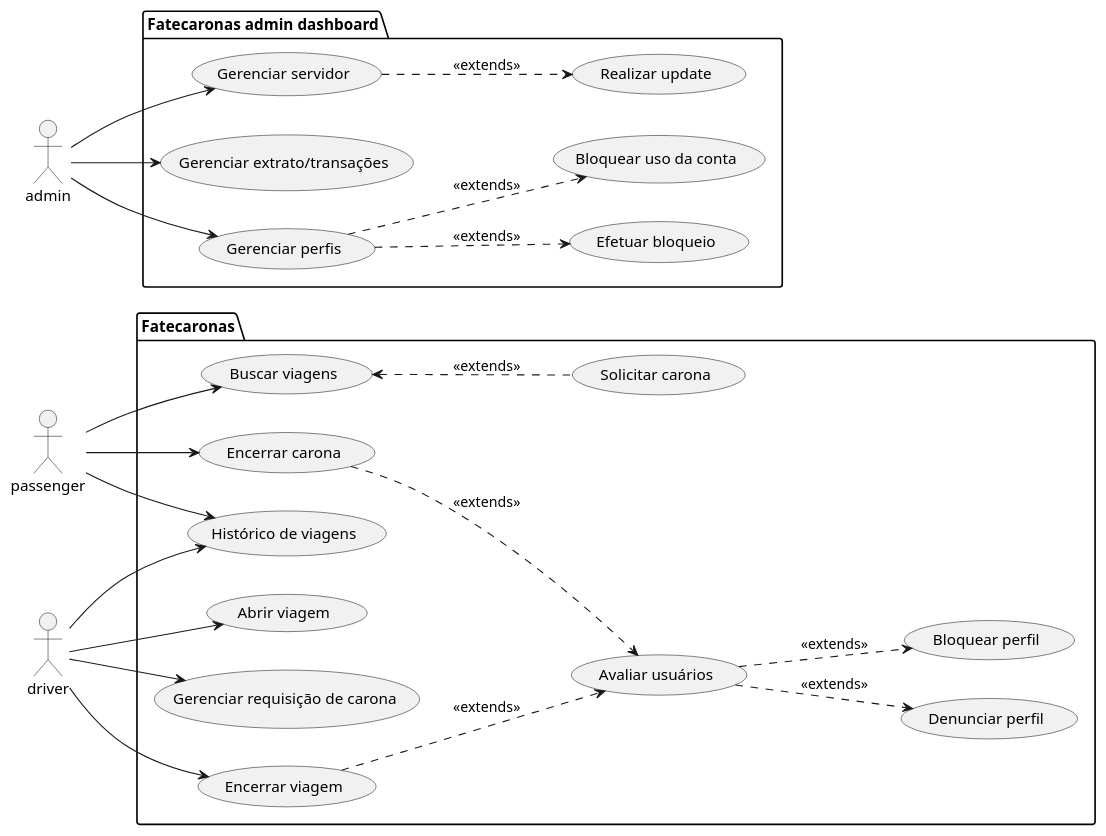
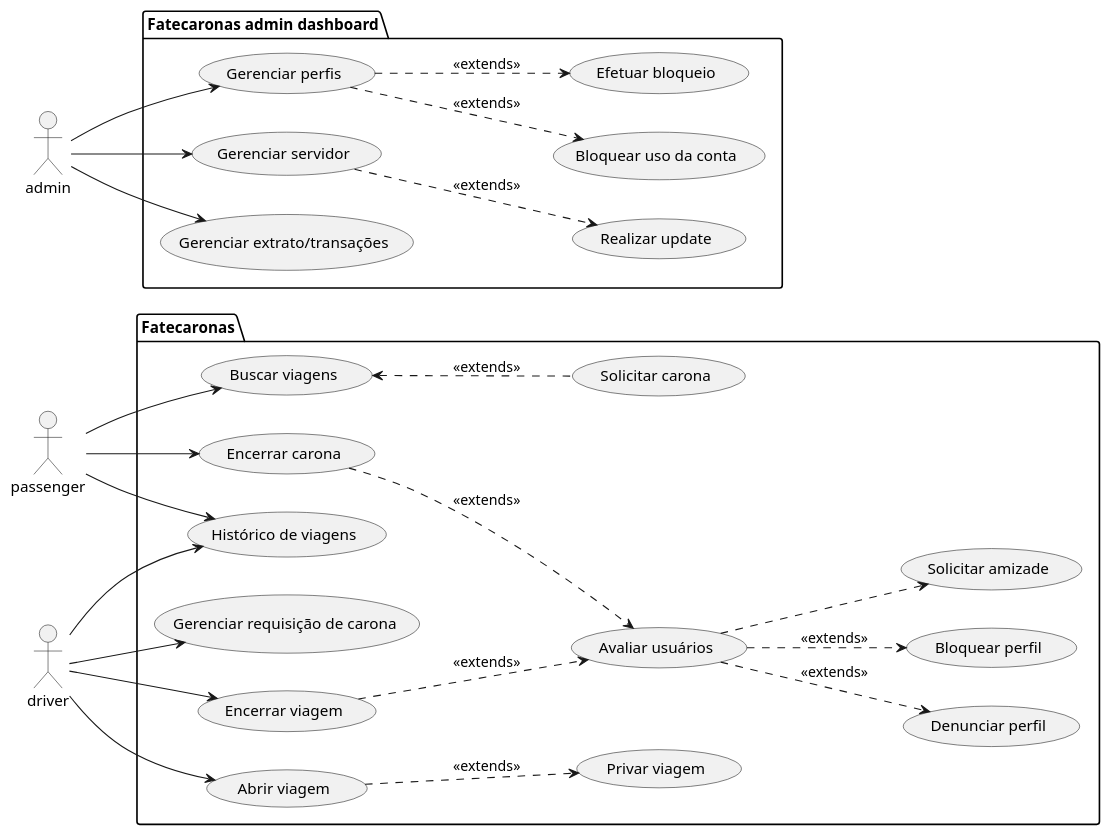
One commit to Vinicius0607/ProjetoES2 changed the diagram in uses_cases_fatecaronas.puml. Above: the diagram before and after it, drawn with PlantUML.

```diff
--- a/uses_cases_fatecaronas.puml
+++ b/uses_cases_fatecaronas.puml
@@ -1,53 +1,57 @@
 @startuml Fatecaronas
 left to right direction
 
 ' Actors
 actor passenger as p
 actor driver as d
 actor admin as a
 
 package "Fatecaronas" {
     ' Usecases
     usecase "Buscar viagens" as UC1
     usecase "Solicitar carona" as UC2
     usecase "Encerrar carona" as UC3
     usecase "Histórico de viagens" as UC5
     usecase "Avaliar usuários" as UC6
     usecase "Abrir viagem" as UC7
     usecase "Gerenciar requisição de carona" as UC8
     usecase "Encerrar viagem" as UC9
     usecase "Denunciar perfil" as UC10
     usecase "Bloquear perfil" as UC11
+    usecase "Privar viagem" as UC18
+    usecase "Solicitar amizade" as UC19
 }
 
 package "Fatecaronas admin dashboard" {
     usecase "Gerenciar servidor" as UC12
     usecase "Gerenciar extrato/transações" as UC13
     usecase "Gerenciar perfis" as UC14
     usecase "Efetuar bloqueio" as UC15
     usecase "Bloquear uso da conta" as UC16
     usecase "Realizar update" as UC17
 
 }
 
 ' Relations
 p --> UC1
 p --> UC3
 p --> UC5
 UC1 <.. UC2: <<extends>>
 UC3 ..> UC6: <<extends>>
 UC9 ..> UC6: <<extends>>
 UC6 ..> UC10: <<extends>>
 UC6 ..> UC11: <<extends>>
+UC6 ..> UC19 <<extends>>
+UC7 ..> UC18: <<extends>>
 d --> UC7
 d --> UC8
 d --> UC9
 d --> UC5
 a --> UC12
 a --> UC13
 a --> UC14
 UC12 ..> UC17: <<extends>>
 UC14 ..> UC15: <<extends>>
 UC14 ..> UC16: <<extends>>
 
 @enduml
```
